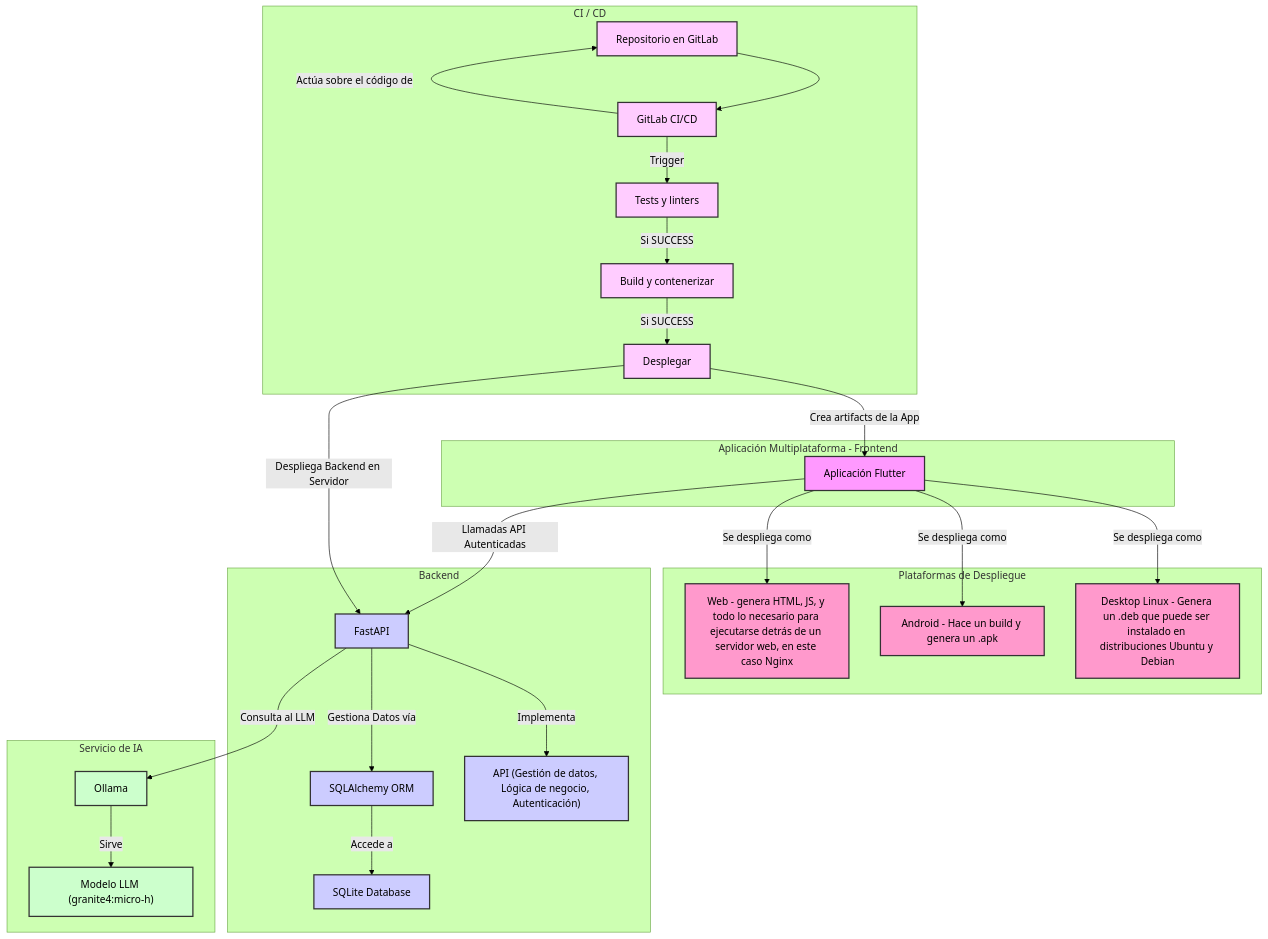
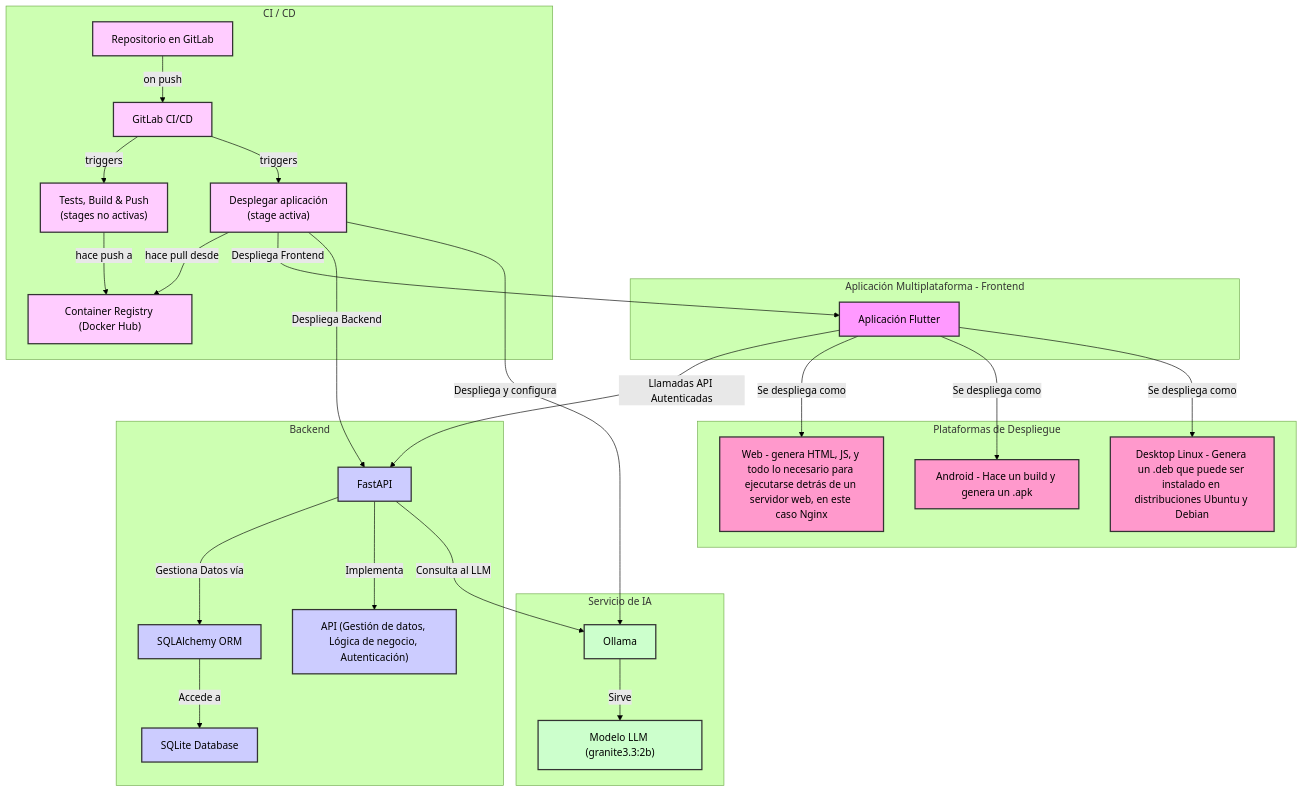
One commit to adrianfusco/dillearning changed the diagram in documentacion/diagramas/arquitectura_sistema.mmd. Above: the diagram before and after it, drawn with Mermaid (forest theme). The commit also changed 14 other files, not shown here.

Commit message:
Añadir nuevos stages para hacer push del build de las imágenes de docker en el registry usando kaniko y deploy. Actualizar documentación.

```diff
--- a/documentacion/diagramas/arquitectura_sistema.mmd
+++ b/documentacion/diagramas/arquitectura_sistema.mmd
@@ -1,59 +1,60 @@
 graph TD
     subgraph "Aplicación Multiplataforma - Frontend"
         A[Aplicación Flutter]
     end
 
     subgraph "Plataformas de Despliegue"
         M[Web - genera HTML, JS, y todo lo necesario para ejecutarse detrás de un servidor web, en este caso Nginx]
         N[Android - Hace un build y genera un .apk]
         O[Desktop Linux - Genera un .deb que puede ser instalado en distribuciones Ubuntu y Debian]
     end
 
     subgraph "Backend"
         B[FastAPI]
         C[SQLAlchemy ORM]
         D[SQLite Database]
         E["API (Gestión de datos, Lógica de negocio, Autenticación)"]
         B -- "Gestiona Datos vía" --> C
         C -- "Accede a" --> D
         B -- "Implementa" --> E
     end
 
     subgraph "Servicio de IA"
         F[Ollama]
-        G["Modelo LLM (granite4:micro-h)"]
+        G["Modelo LLM (granite3.3:2b)"]
         F -- "Sirve" --> G
     end
 
     subgraph "CI / CD"
         H["Repositorio en GitLab"]
         I[GitLab CI/CD]
-        J["Tests y linters"]
-        K["Build y contenerizar"]
-        L["Desplegar"]
-        H --> I
-        I -- "Trigger" --> J
-        J -- "Si SUCCESS" --> K
-        K -- "Si SUCCESS" --> L
+        J["Tests, Build & Push <br> (stages no activas)"]
+        CR["Container Registry (Docker Hub)"]
+        L["Desplegar aplicación <br> (stage activa)"]
+        H -- "on push" --> I
+        I -- "triggers" --> J
+        J -- "hace push a" --> CR
+        I -- "triggers" --> L
+        L -- "hace pull desde" --> CR
     end
 
     A -- "Llamadas API Autenticadas" --> B
     B -- "Consulta al LLM" --> F
     A -- "Se despliega como" --> M
     A -- "Se despliega como" --> N
     A -- "Se despliega como" --> O
-    L -- "Despliega Backend en Servidor" --> B
-    L -- "Crea artifacts de la App" --> A
-    I -- "Actúa sobre el código de" --> H
+    L -- "Despliega Frontend" --> A
+    L -- "Despliega Backend" --> B
+    L -- "Despliega y configura" --> F
 
     classDef frontend fill:#f9f,stroke:#333,stroke-width:2px
     classDef backend fill:#ccf,stroke:#333,stroke-width:2px
     classDef ai fill:#cfc,stroke:#333,stroke-width:2px
     classDef devops fill:#fcf,stroke:#333,stroke-width:2px
     classDef deployment fill:#f9c,stroke:#333,stroke-width:2px
 
     class A frontend
     class B,C,D,E backend
     class F,G ai
-    class H,I,J,K,L devops
+    class H,I,J,L,CR devops
     class M,N,O deployment
```
